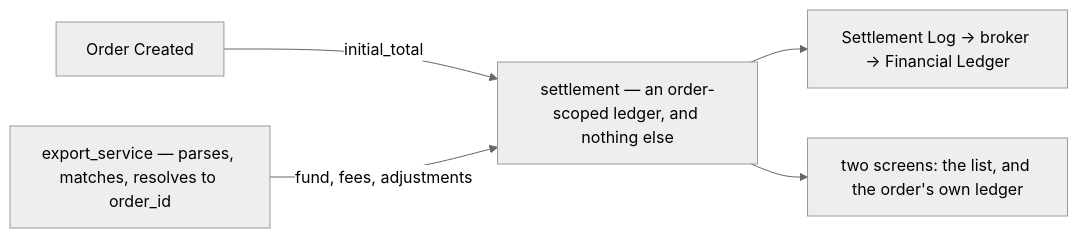
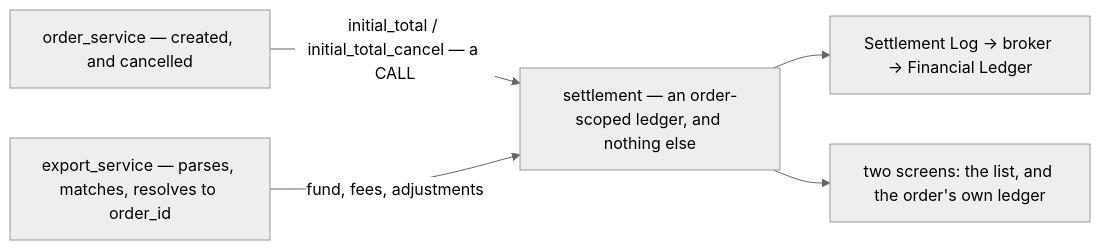
The first of 6 diagrams in docs/business/settlement/context_clarify.md (pdcgo/warehouse_revamp), drawn with Mermaid (neutral theme) before and after one commit. The commit also changed other lines of this file and 221 other files, not shown here.

````diff
--- a/docs/business/settlement/context_clarify.md
+++ b/docs/business/settlement/context_clarify.md
@@ -40,8 +100,8 @@
 ```mermaid
 flowchart LR
-  OC["Order Created"] -->|initial_total| S
+  OC["order_service — created, and cancelled"] -->|"initial_total / initial_total_cancel — a CALL"| S
   EX["export_service — parses, matches, resolves to order_id"] -->|"fund, fees, adjustments"| S
   S["settlement — an order-scoped ledger, and nothing else"]
   S --> L["Settlement Log → broker → Financial Ledger"]
   S --> UI["two screens: the list, and the order's own ledger"]
 ```
````
